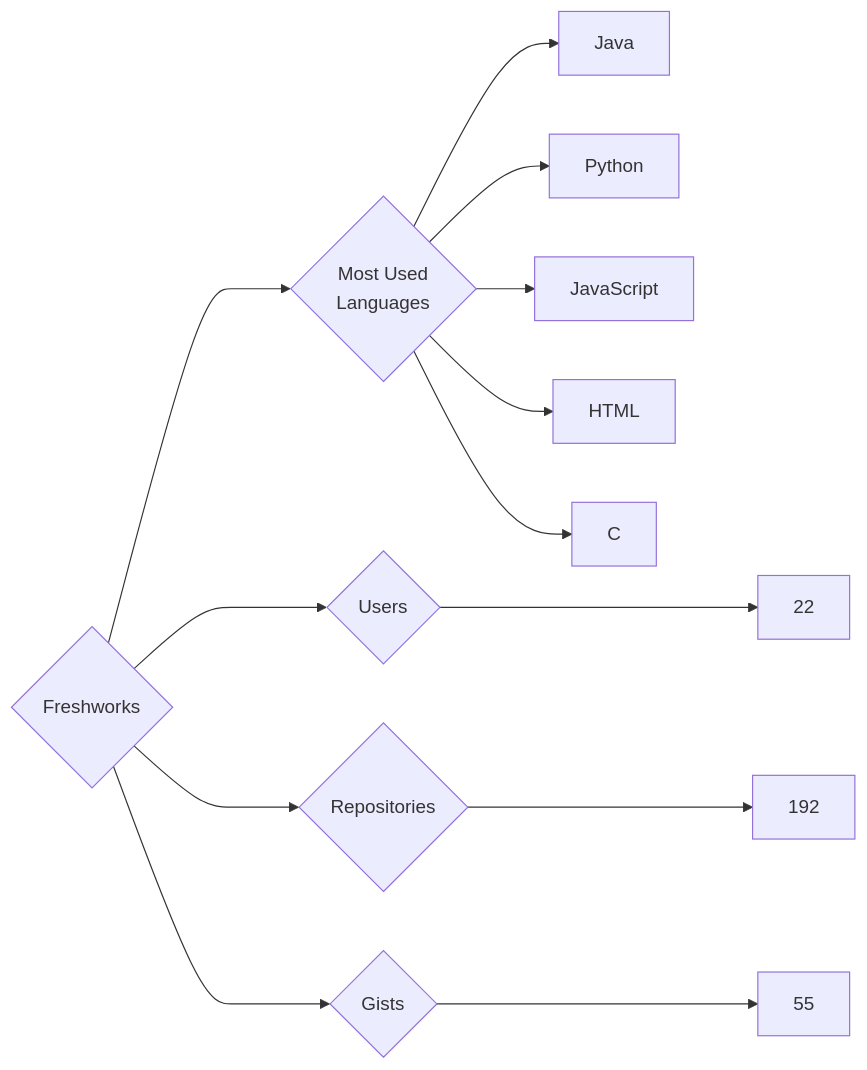
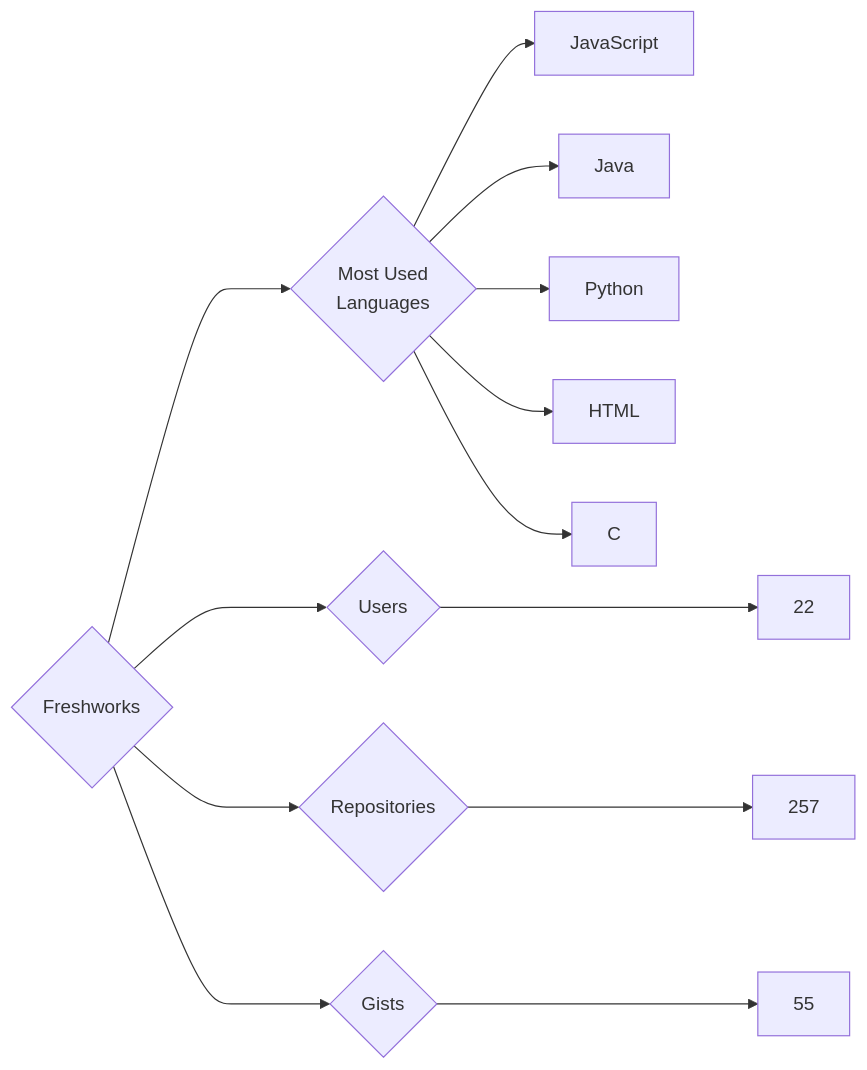
Before and after one commit to trickest/insiders: the diagram in targets/Freshworks/README.md, drawn with Mermaid. The commit also changed 882 other files, not shown here.

````diff
--- a/targets/Freshworks/README.md
+++ b/targets/Freshworks/README.md
@@ -3,13 +3,13 @@
 ```mermaid
 graph LR
 COMPANY_NAME{Freshworks}
 COMPANY_NAME ---> U{Users} ---> UN[22]
-COMPANY_NAME ---> R{Repositories} ---> RN[192]
+COMPANY_NAME ---> R{Repositories} ---> RN[257]
 COMPANY_NAME ---> G{Gists} ---> GN[55]
 COMPANY_NAME ---> ML{Most Used<br>Languages}
+ML --> JavaScript[JavaScript]
 ML --> Java[Java]
 ML --> Python[Python]
-ML --> JavaScript[JavaScript]
 ML --> HTML[HTML]
 ML --> C[C]
 ```
````
